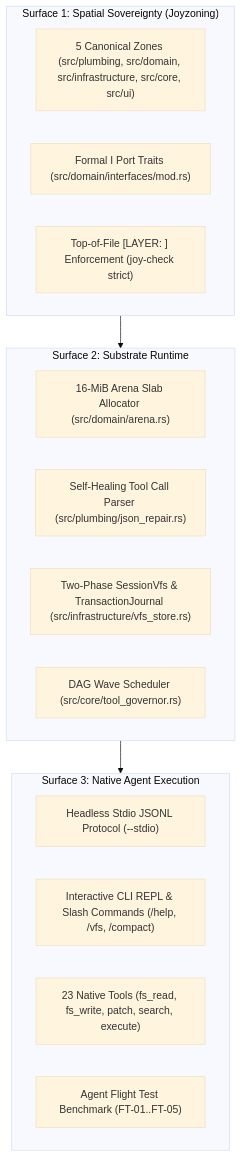
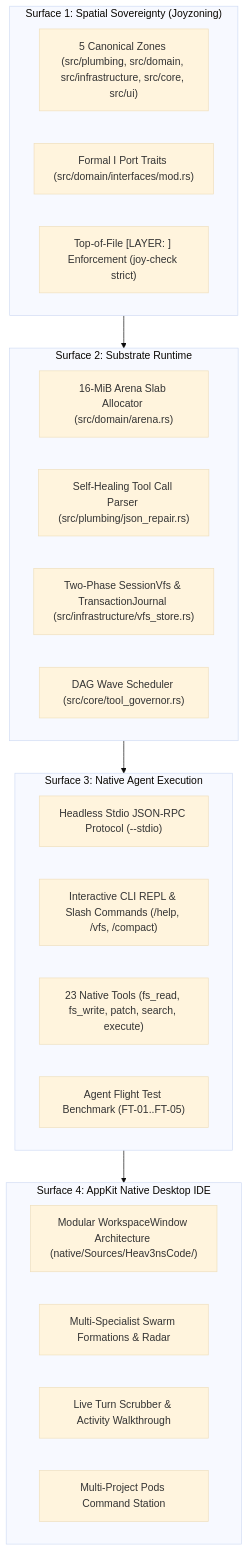
The diagram in docs/AGENT_STACK.md (CardSorting/HEAV3NS-MICRO), drawn with Mermaid (base theme) before and after one commit. The commit also changed other lines of this file and 13 other files, not shown here.

````diff
--- a/docs/AGENT_STACK.md
+++ b/docs/AGENT_STACK.md
@@ -22,24 +24,31 @@
 ```mermaid
 flowchart TD
   subgraph Surface1 ["Surface 1: Spatial Sovereignty (Joyzoning)"]
     ZONES["5 Canonical Zones (src/plumbing, src/domain, src/infrastructure, src/core, src/ui)"]
     CONTRACTS["Formal I<Name> Port Traits (src/domain/interfaces/mod.rs)"]
     HEADER["Top-of-File [LAYER: <ZONE>] Enforcement (joy-check strict)"]
   end
 
   subgraph Surface2 ["Surface 2: Substrate Runtime"]
     ARENA["16-MiB Arena Slab Allocator (src/domain/arena.rs)"]
     PARSER["Self-Healing Tool Call Parser (src/plumbing/json_repair.rs)"]
     VFS["Two-Phase SessionVfs & TransactionJournal (src/infrastructure/vfs_store.rs)"]
     WAVE["DAG Wave Scheduler (src/core/tool_governor.rs)"]
   end
 
   subgraph Surface3 ["Surface 3: Native Agent Execution"]
-    STDIO["Headless Stdio JSONL Protocol (--stdio)"]
+    STDIO["Headless Stdio JSON-RPC Protocol (--stdio)"]
     CLI["Interactive CLI REPL & Slash Commands (/help, /vfs, /compact)"]
     TOOLS["23 Native Tools (fs_read, fs_write, patch, search, execute)"]
     FLIGHT["Agent Flight Test Benchmark (FT-01..FT-05)"]
   end
 
-  Surface1 --> Surface2 --> Surface3
+  subgraph Surface4 ["Surface 4: AppKit Native Desktop IDE"]
+    WINDOW["Modular WorkspaceWindow Architecture (native/Sources/Heav3nsCode/)"]
+    SWARM["Multi-Specialist Swarm Formations & Radar"]
+    WALK["Live Turn Scrubber & Activity Walkthrough"]
+    PODS["Multi-Project Pods Command Station"]
+  end
+
+  Surface1 --> Surface2 --> Surface3 --> Surface4
 ```
````
